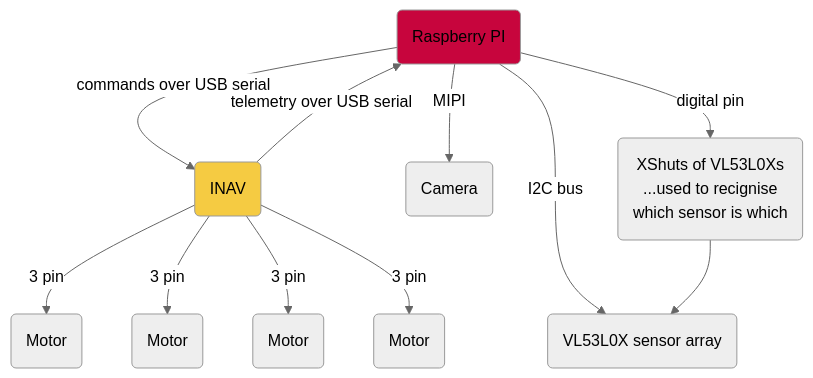
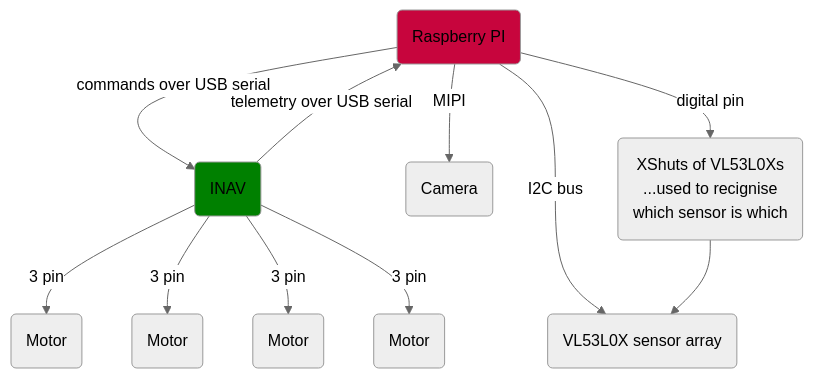
The third of 4 diagrams in doc/index.md (fiserKDZ/Dronelib-KDZ), drawn with Mermaid (neutral theme) before and after one commit.

````diff
--- a/doc/index.md
+++ b/doc/index.md
@@ -156,15 +156,15 @@
 ```mermaid
 graph TD
 classDef rpi fill:#c7053d;
-classDef btf fill:#f5cb42;
+classDef btf fill:#008000;
 PI(Raspberry PI):::rpi -- commands over USB serial --> B(INAV):::btf
 PI -- MIPI --> C(Camera)
 B -- telemetry over USB serial --> PI
 B -- 3 pin --> M1(Motor)
 B -- 3 pin --> M2(Motor)
 B -- 3 pin --> M3(Motor)
 B -- 3 pin --> M4(Motor)
 PI(Raspberry PI) -- I2C bus --> TOF(VL53L0X sensor array)
 PI -- digital pin --> X1(XShuts of VL53L0Xs<br>...used to recignise<br>which sensor is which)
 X1 --> TOF
 ```
````
